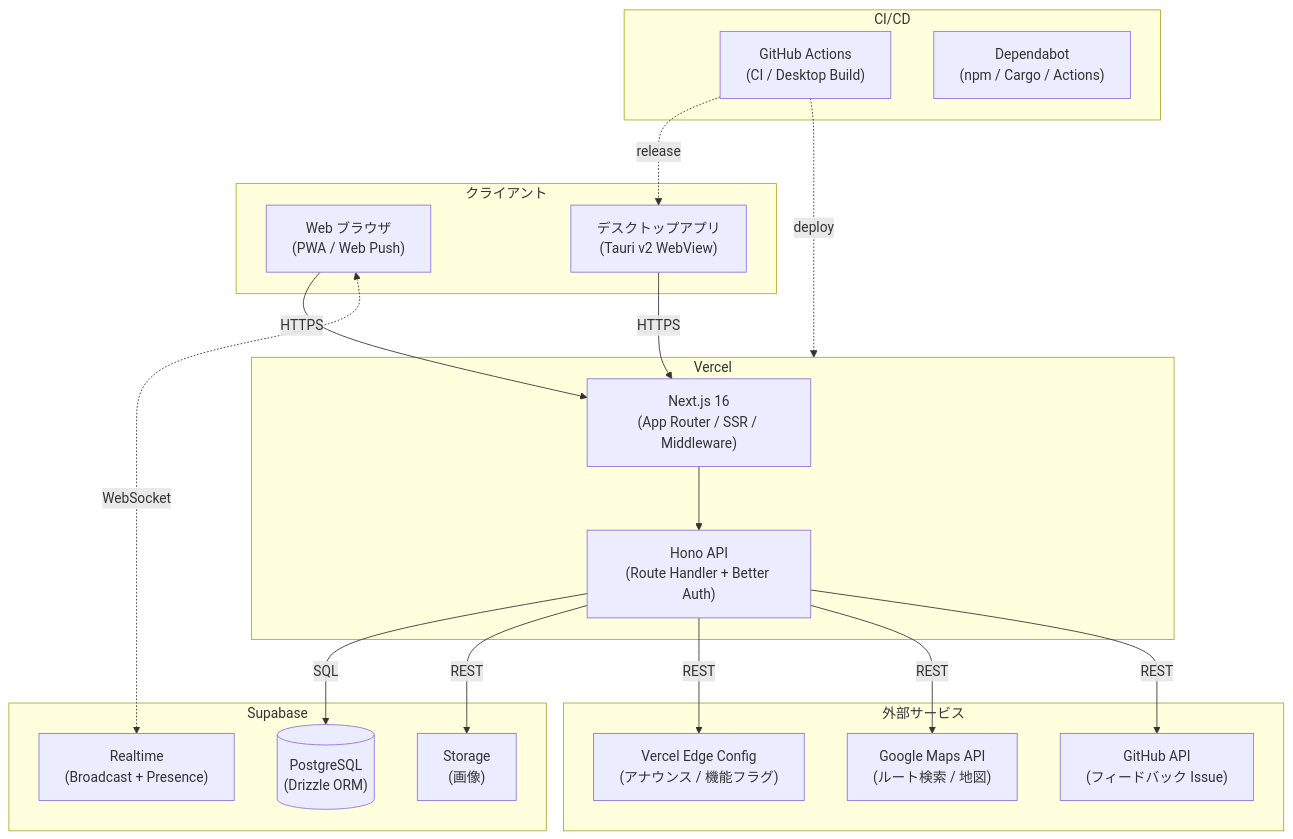
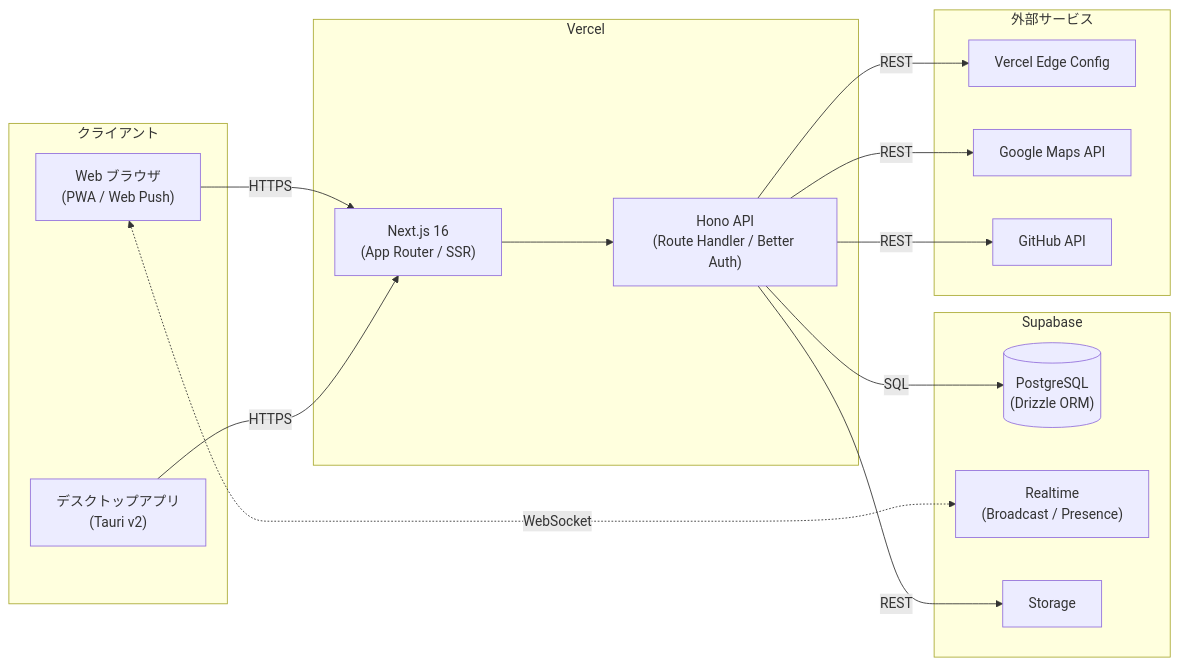
The first of 5 diagrams in docs/architecture/overview.md (u-stem/tabi), drawn with Mermaid before and after one commit. The commit also changed other lines of this file, not shown here.

Commit message:
docs: 構成図を LR レイアウトに変更、CI/CD を分離 [skip ci]

````diff
--- a/docs/architecture/overview.md
+++ b/docs/architecture/overview.md
@@ -5,41 +5,34 @@
 ```mermaid
-graph TB
+graph LR
     subgraph client["クライアント"]
         Web["Web ブラウザ<br/>(PWA / Web Push)"]
-        Desktop["デスクトップアプリ<br/>(Tauri v2 WebView)"]
+        Desktop["デスクトップアプリ<br/>(Tauri v2)"]
     end
 
     subgraph vercel["Vercel"]
-        NextJS["Next.js 16<br/>(App Router / SSR / Middleware)"]
-        Hono["Hono API<br/>(Route Handler + Better Auth)"]
+        NextJS["Next.js 16<br/>(App Router / SSR)"]
+        Hono["Hono API<br/>(Route Handler / Better Auth)"]
         NextJS --> Hono
     end
 
     subgraph supabase["Supabase"]
         PG[("PostgreSQL<br/>(Drizzle ORM)")]
-        Realtime["Realtime<br/>(Broadcast + Presence)"]
-        Storage["Storage<br/>(画像)"]
+        Realtime["Realtime<br/>(Broadcast / Presence)"]
+        Storage["Storage"]
     end
 
     subgraph external["外部サービス"]
-        Edge["Vercel Edge Config<br/>(アナウンス / 機能フラグ)"]
-        Maps["Google Maps API<br/>(ルート検索 / 地図)"]
-        GitHub["GitHub API<br/>(フィードバック Issue)"]
-    end
-
-    subgraph cicd["CI/CD"]
-        Actions["GitHub Actions<br/>(CI / Desktop Build)"]
-        Dependabot["Dependabot<br/>(npm / Cargo / Actions)"]
+        Edge["Vercel Edge Config"]
+        Maps["Google Maps API"]
+        GitHub["GitHub API"]
     end
 
     Web -->|HTTPS| NextJS
     Desktop -->|HTTPS| NextJS
     Web <-.->|WebSocket| Realtime
     Hono -->|SQL| PG
     Hono -->|REST| Storage
     Hono -->|REST| Edge
     Hono -->|REST| Maps
     Hono -->|REST| GitHub
-    Actions -.->|deploy| vercel
-    Actions -.->|release| Desktop
 ```
````
